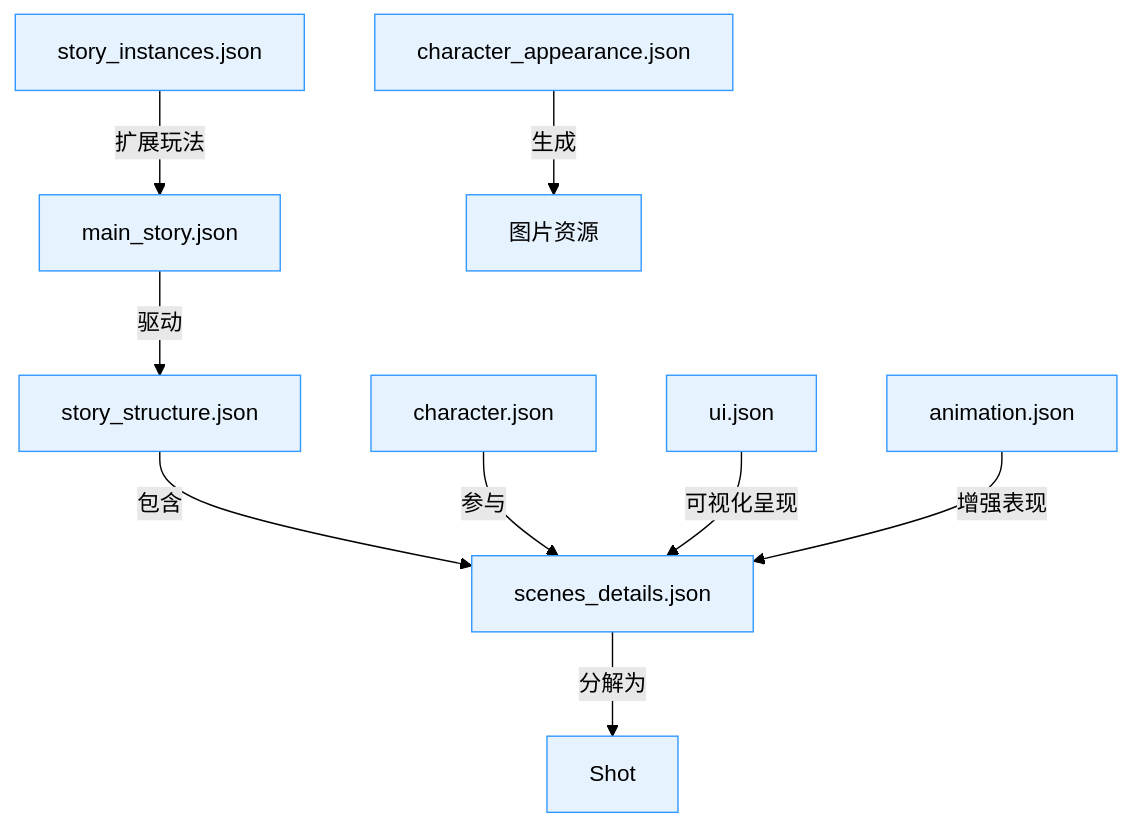
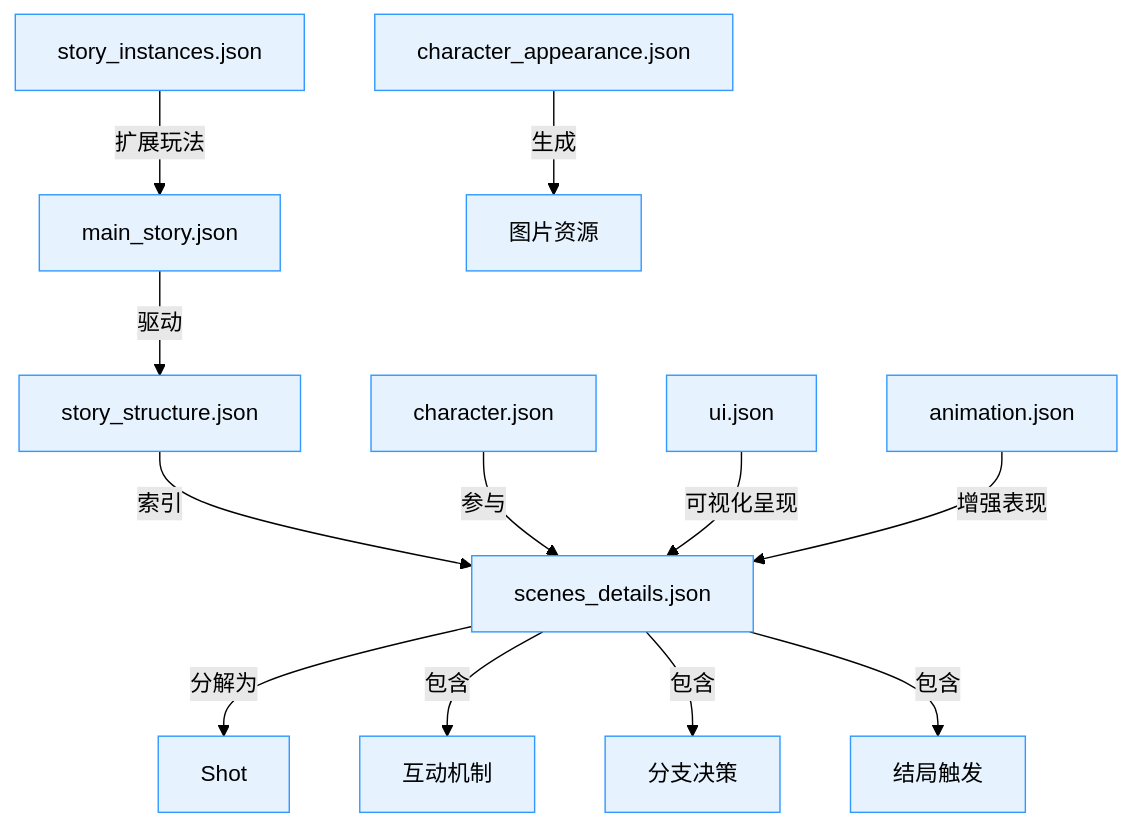
The second of 2 diagrams in README.md (jqlong17/StoryWeaver), drawn with Mermaid (forest theme) before and after one commit. The commit also changed other lines of this file, not shown here.

Commit message:
docs: 更新数据结构关系图与设计流程图，突出互动分支聚合与AI自动化流程

````diff
--- a/README.md
+++ b/README.md
@@ -81,13 +83,16 @@
 ```mermaid
 graph TD
   MainStory[main_story.json] -->|驱动| StoryStruct[story_structure.json]
-  StoryStruct -->|包含| SceneDetail[scenes_details.json]
+  StoryStruct -->|索引| SceneDetail[scenes_details.json]
   SceneDetail -->|分解为| Shot
   Character[character.json] -->|参与| SceneDetail
   CharacterAppearance[character_appearance.json] -->|生成| PNG[图片资源]
   UI[ui.json] -->|可视化呈现| SceneDetail
   Animation[animation.json] -->|增强表现| SceneDetail
   Instance[story_instances.json] -->|扩展玩法| MainStory
+  SceneDetail -->|包含| Interactions[互动机制]
+  SceneDetail -->|包含| Branches[分支决策]
+  SceneDetail -->|包含| Ending[结局触发]
   classDef box fill:#e6f3ff,stroke:#3399ff;
-  class MainStory,StoryStruct,SceneDetail,Shot,Character,CharacterAppearance,UI,Animation,Instance,PNG box;
+  class MainStory,StoryStruct,SceneDetail,Shot,Character,CharacterAppearance,UI,Animation,Instance,PNG,Interactions,Branches,Ending box;
 ```
````
